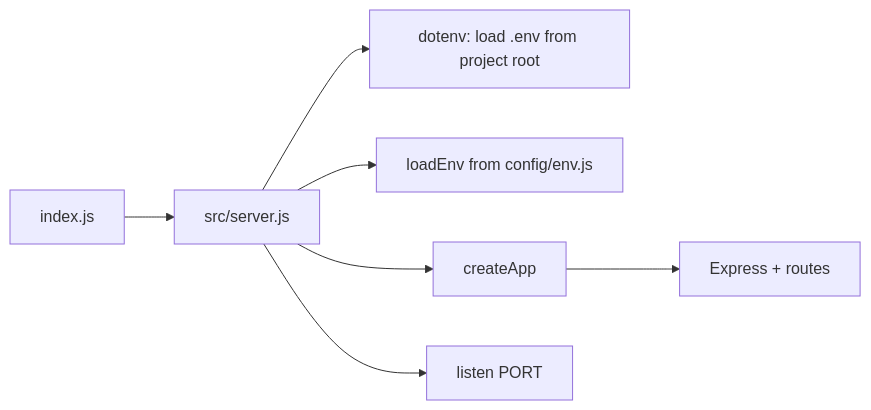
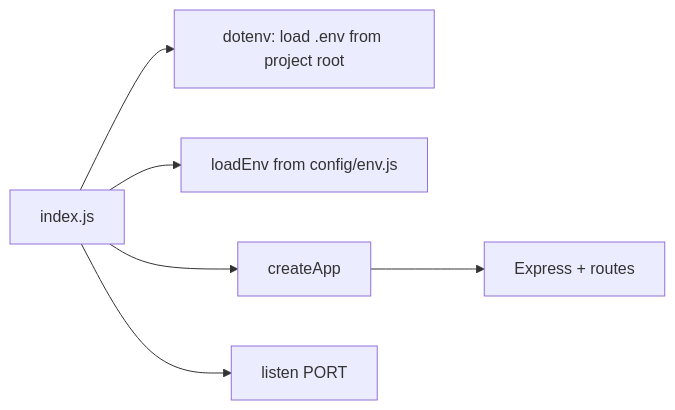
Before and after one commit to shariqueDev/telegram-delivery-service: the first of 3 diagrams in docs/TECHNICAL-GUIDE.md, drawn with Mermaid. The commit also changed other lines of this file and 25 other files, not shown here.

````diff
--- a/docs/TECHNICAL-GUIDE.md
+++ b/docs/TECHNICAL-GUIDE.md
@@ -24,9 +24,8 @@
 ```mermaid
 flowchart LR
-  A[index.js] --> B[src/server.js]
-  B --> C[dotenv: load .env from project root]
-  B --> D[loadEnv from config/env.js]
-  B --> E[createApp]
+  A[index.js] --> C[dotenv: load .env from project root]
+  A --> D[loadEnv from config/env.js]
+  A --> E[createApp]
   E --> F[Express + routes]
-  B --> G[listen PORT]
+  A --> G[listen PORT]
 ```
````
